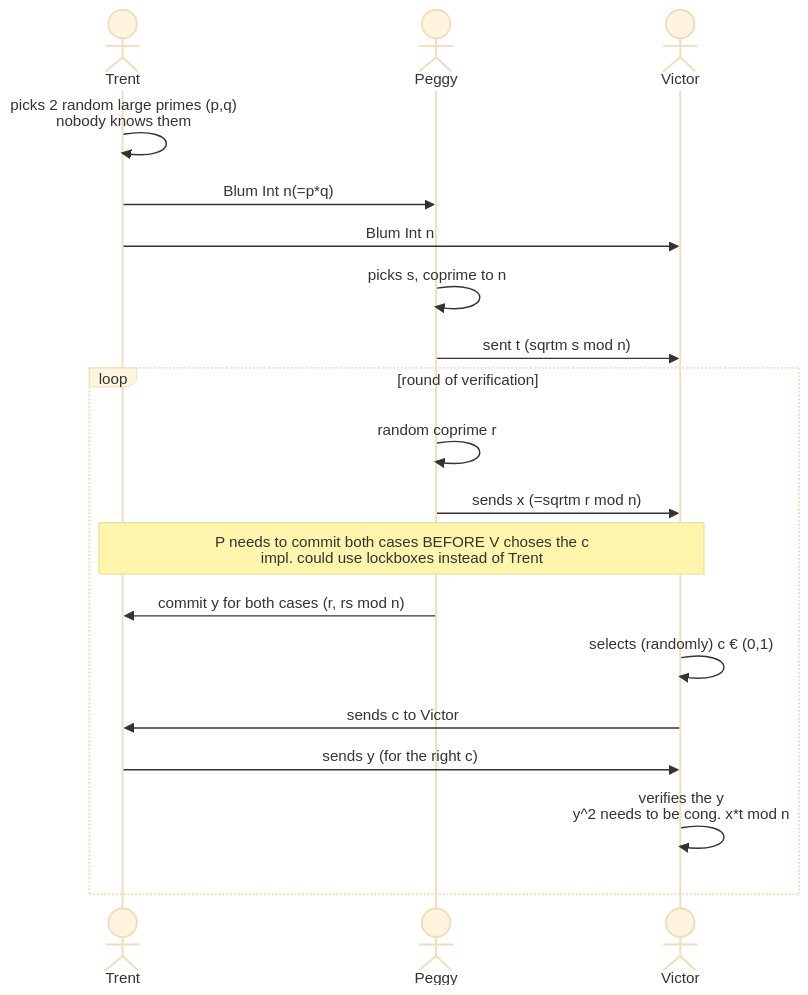
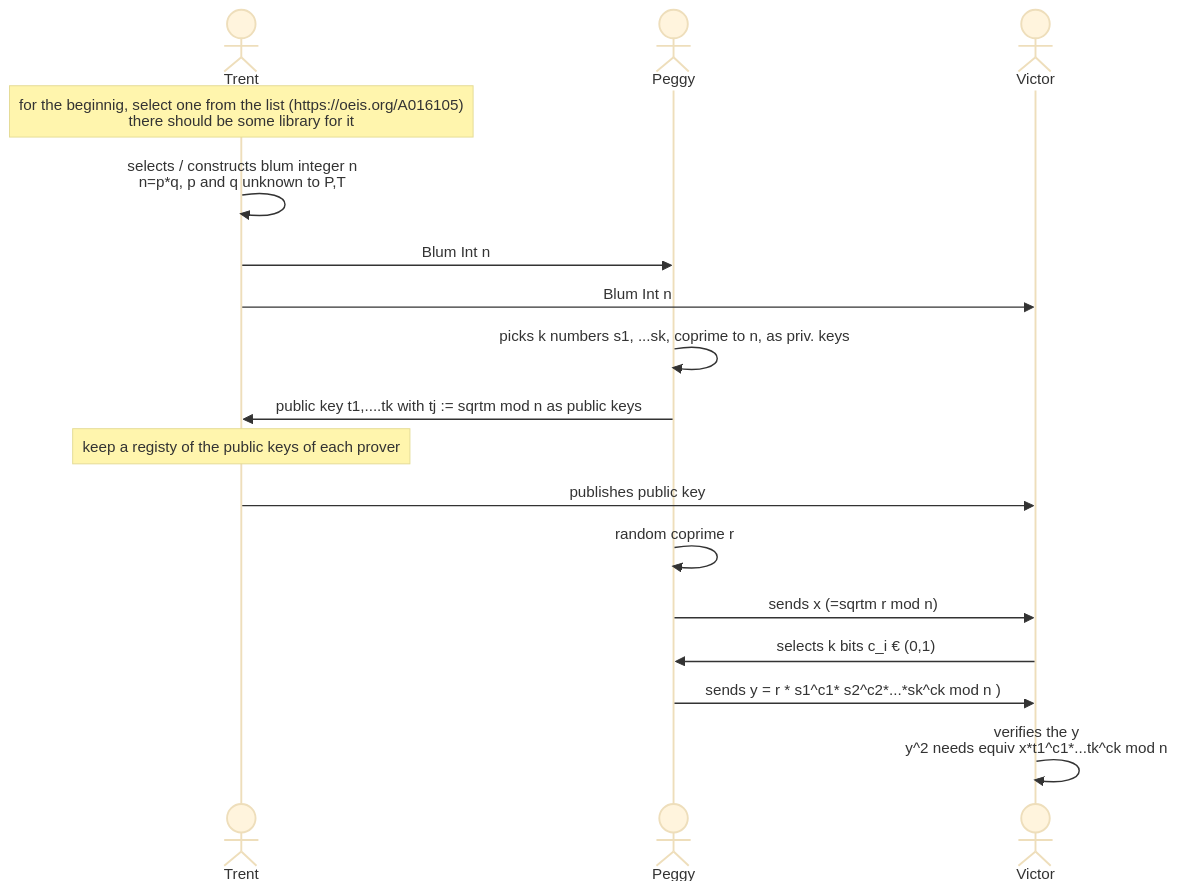
Before and after one commit to clecap/cs-group-b: the first of 2 diagrams in docs/sequence_diagram.md, drawn with Mermaid (base theme). The commit also changed other lines of this file and 1 other file, not shown here.

Commit message:
notes from the short discussion with the prof and updates to the sequence diagram

````diff
--- a/docs/sequence_diagram.md
+++ b/docs/sequence_diagram.md
@@ -7,47 +10,21 @@
 ```mermaid
+sequenceDiagram
+        actor Trent
+        actor Peggy
+        actor Victor
+        Note over Trent : for the beginnig, select one from the list (https://oeis.org/A016105) <br/>there should be some library for it
+        Trent->>Trent : selects / constructs blum integer n<br/> n=p*q, p and q unknown to P,T
+        Trent->>Peggy: Blum Int n
+        Trent ->> Victor: Blum Int n
+        Peggy ->> Peggy : picks k numbers s1, ...sk, coprime to n, as priv. keys 
+        Peggy ->> Trent : public key t1,....tk with tj := sqrtm mod n as public keys 
+        Note over Trent: keep a registy of the public keys of each prover
+        Trent ->> Victor : publishes public key
 
-sequenceDiagram
 
-actor Trent
-
-actor Peggy
-
-actor Victor
-
-Trent->>Trent :picks 2 random large primes (p,q)<br/> nobody knows them
-
-Trent->>Peggy: Blum Int n(=p*q)
-
-Trent ->> Victor: Blum Int n
-
-Peggy ->> Peggy : picks s, coprime to n
-
-Peggy ->> Victor : sent t (sqrtm s mod n)
-
-  
-
-Loop round of verification
-
-Peggy ->> Peggy : random coprime r
-
-Peggy ->> Victor : sends x (=sqrtm r mod n)
-
-Note over Trent,Victor: P needs to commit both cases BEFORE V choses the c <br/> impl. could use lockboxes instead of Trent
-
-Peggy ->> Trent : commit y for both cases (r, rs mod n)
-
-Victor ->> Victor : selects (randomly) c € (0,1)
-
-Victor ->> Trent: sends c to Victor
-
-Trent ->> Victor : sends y (for the right c)
-
-Victor ->> Victor : verifies the y <br/> y^2 needs to be cong. x*t mod n
-
-  
-
-  
-
-end
-
+        Peggy ->> Peggy : random coprime r
+        Peggy ->> Victor : sends x (=sqrtm r mod n)
+        Victor ->> Peggy : selects k bits c_i € (0,1)
+        Peggy ->> Victor : sends y = r * s1^c1* s2^c2*...*sk^ck mod n )
+        Victor ->> Victor : verifies the y <br/> y^2 needs equiv x*t1^c1*...tk^ck mod n
 ```
````
